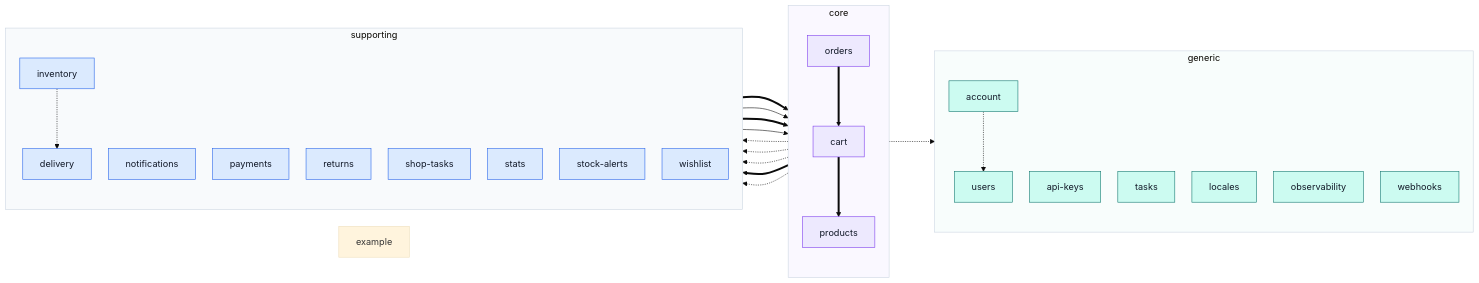
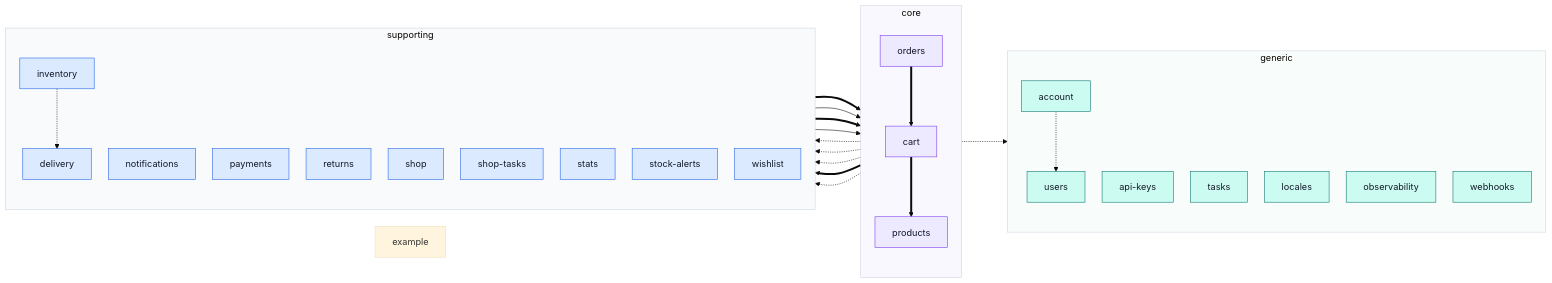
The diagram in docs/modules/start.md (Guebbit/boilerplate-vue-frontend), drawn with Mermaid (base theme) before and after one commit. The commit also changed 135 other files, not shown here.

````diff
--- a/docs/modules/start.md
+++ b/docs/modules/start.md
@@ -39,57 +39,58 @@
 ```mermaid
 %%{init: {'flowchart': {'nodeSpacing': 30, 'rankSpacing': 80}}}%%
 flowchart LR
     subgraph CORE["core"]
         direction TB
         cart["cart"]
         orders["orders"]
         products["products"]
     end
     subgraph SUPPORTING["supporting"]
         direction TB
         delivery["delivery"]
         inventory["inventory"]
         notifications["notifications"]
         payments["payments"]
         returns["returns"]
+        shop["shop"]
         shopTasks["shop-tasks"]
         stats["stats"]
         stockAlerts["stock-alerts"]
         wishlist["wishlist"]
     end
     subgraph GENERIC["generic"]
         direction TB
         account["account"]
         apiKeys["api-keys"]
         tasks["tasks"]
         locales["locales"]
         observability["observability"]
         users["users"]
         webhooks["webhooks"]
     end
     demo["example"]
     account -.-> users
     cart -.-> account
     cart -.-> delivery
     cart -.-> payments
     cart ==> products
     inventory ==> products
     inventory -.-> delivery
     orders ==> cart
     orders -.-> delivery
     orders ==> payments
     orders -.-> returns
     stockAlerts --> products
     wishlist ==> cart
     wishlist --> products
 
     classDef core fill:#ede9fe,stroke:#7c3aed,color:#111827;
     classDef supporting fill:#dbeafe,stroke:#2563eb,color:#111827;
     classDef generic fill:#ccfbf1,stroke:#0f766e,color:#111827;
     class cart,orders,products core;
-    class delivery,inventory,notifications,payments,returns,shopTasks,stats,stockAlerts,wishlist supporting;
+    class delivery,inventory,notifications,payments,returns,shop,shopTasks,stats,stockAlerts,wishlist supporting;
     class account,apiKeys,tasks,locales,observability,users,webhooks generic;
     style CORE fill:#faf8ff,stroke:#cbd5e1
     style SUPPORTING fill:#f8fafc,stroke:#cbd5e1
     style GENERIC fill:#f8fdfc,stroke:#cbd5e1
 ```
````
